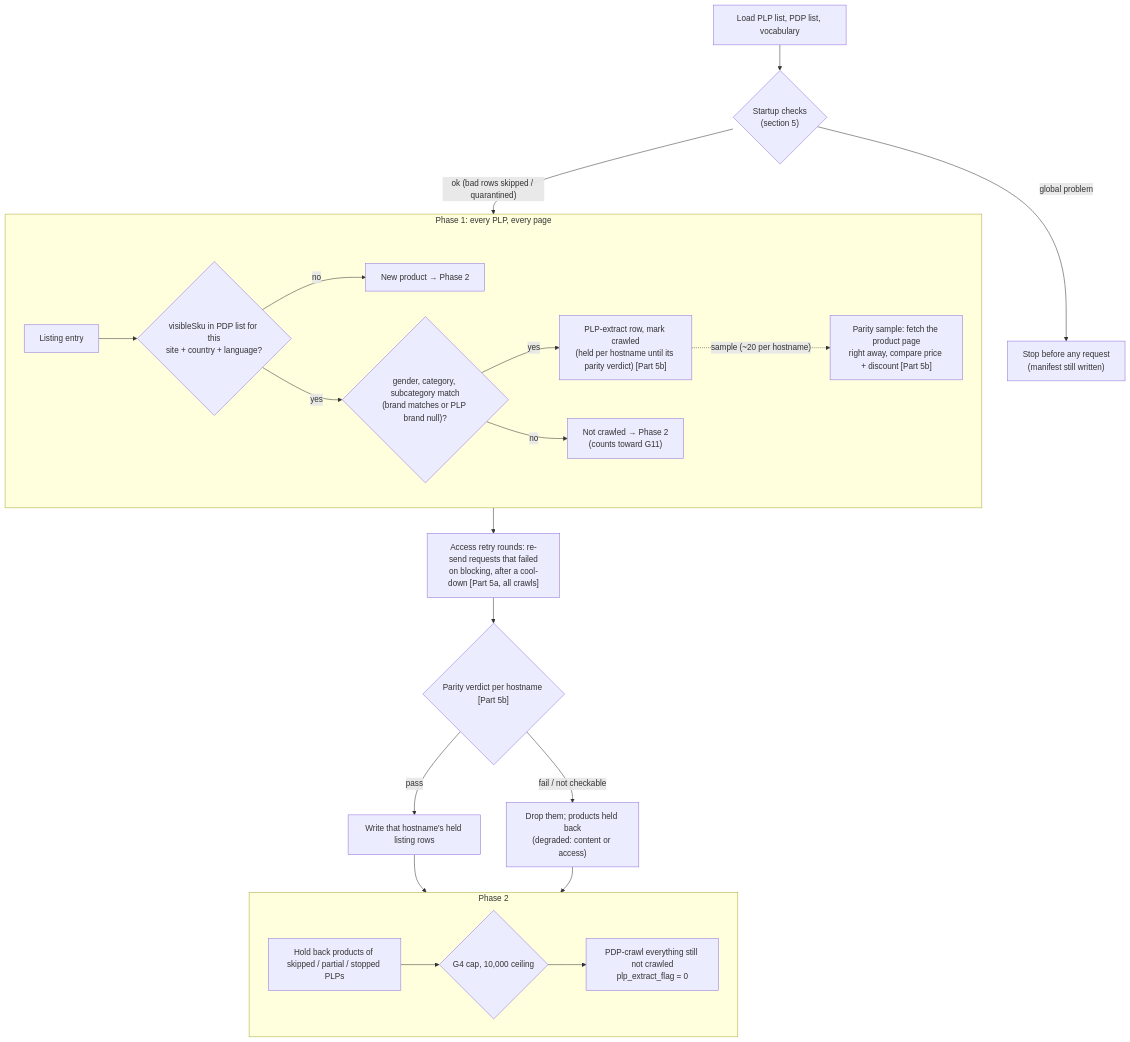
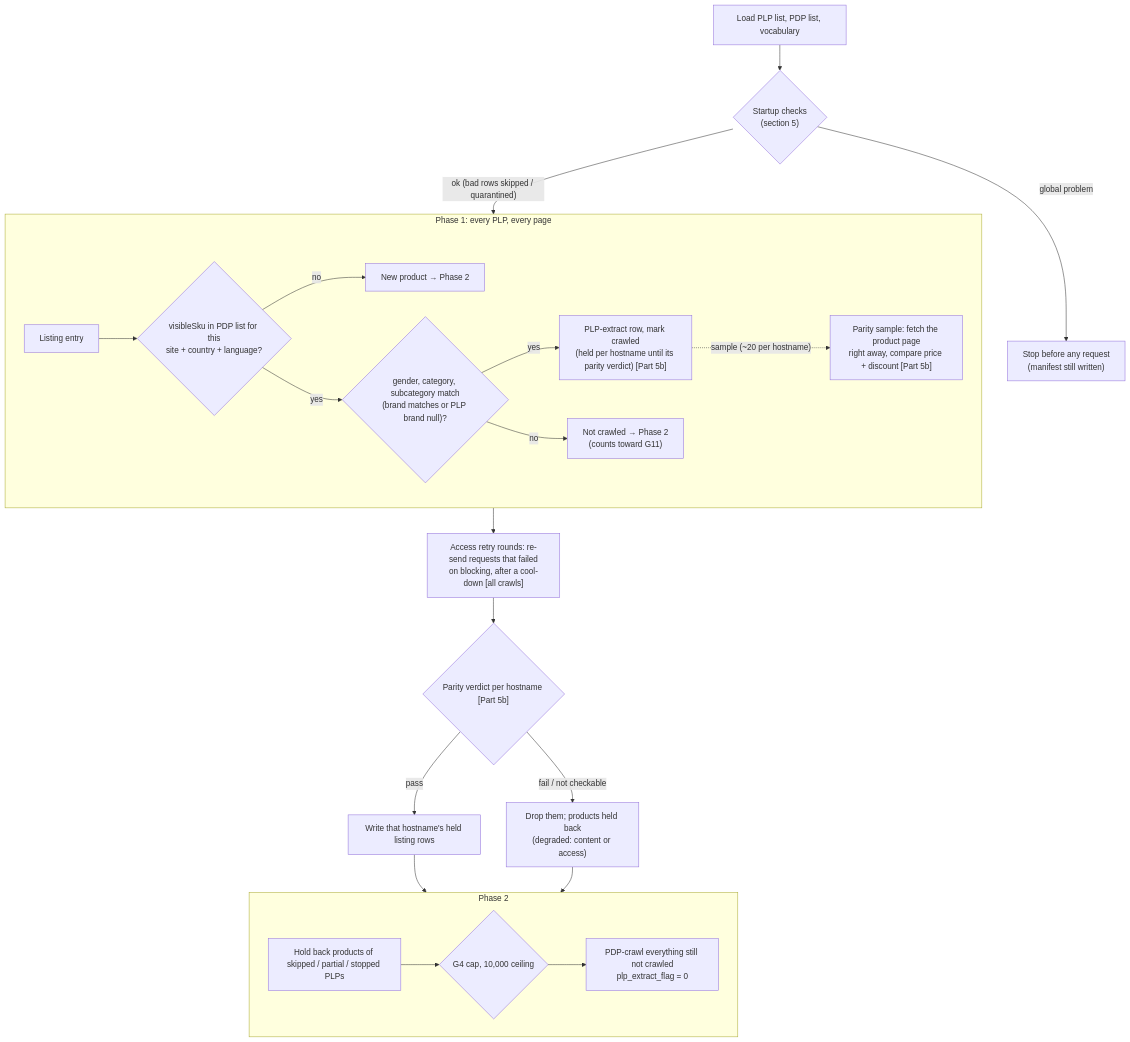
One commit to tareklel/ecommerce-scraper changed the diagram in docs/ounass_plp_efficient_crawl.md. Above: the diagram before and after it, drawn with Mermaid. The commit also changed other lines of this file and 10 other files, not shown here.

First line of the commit message:
feat: access layer for all crawls (PLP-efficient Part 5a)

````diff
--- a/docs/ounass_plp_efficient_crawl.md
+++ b/docs/ounass_plp_efficient_crawl.md
@@ -114,27 +114,27 @@
 ```mermaid
 flowchart TD
     inputs["Load PLP list, PDP list, vocabulary"] --> checks{"Startup checks<br/>(section 5)"}
     checks -- "global problem" --> stop["Stop before any request<br/>(manifest still written)"]
     checks -- "ok (bad rows skipped / quarantined)" --> p1
 
     subgraph p1 ["Phase 1: every PLP, every page"]
         hit["Listing entry"] --> known{"visibleSku in PDP list for this<br/>site + country + language?"}
         known -- no --> new["New product → Phase 2"]
         known -- yes --> fields{"gender, category, subcategory match<br/>(brand matches or PLP brand null)?"}
         fields -- yes --> row["PLP-extract row, mark crawled<br/>(held per hostname until its parity verdict) [Part 5b]"]
         fields -- no --> mismatch["Not crawled → Phase 2<br/>(counts toward G11)"]
         row -. "sample (~20 per hostname)" .-> parity["Parity sample: fetch the product page<br/>right away, compare price + discount [Part 5b]"]
     end
 
-    p1 --> retry["Access retry rounds: re-send requests that failed<br/>on blocking, after a cool-down [Part 5a, all crawls]"]
+    p1 --> retry["Access retry rounds: re-send requests that failed<br/>on blocking, after a cool-down [all crawls]"]
     retry --> verdict{"Parity verdict per hostname [Part 5b]"}
     verdict -- "pass" --> release["Write that hostname's held listing rows"]
     verdict -- "fail / not checkable" --> drop["Drop them; products held back<br/>(degraded: content or access)"]
     release --> p2
     drop --> p2
 
     subgraph p2 ["Phase 2"]
         hold["Hold back products of skipped / partial / stopped PLPs"] --> caps{"G4 cap, 10,000 ceiling"}
         caps --> crawl["PDP-crawl everything still not crawled<br/>plp_extract_flag = 0"]
     end
 ```
````
